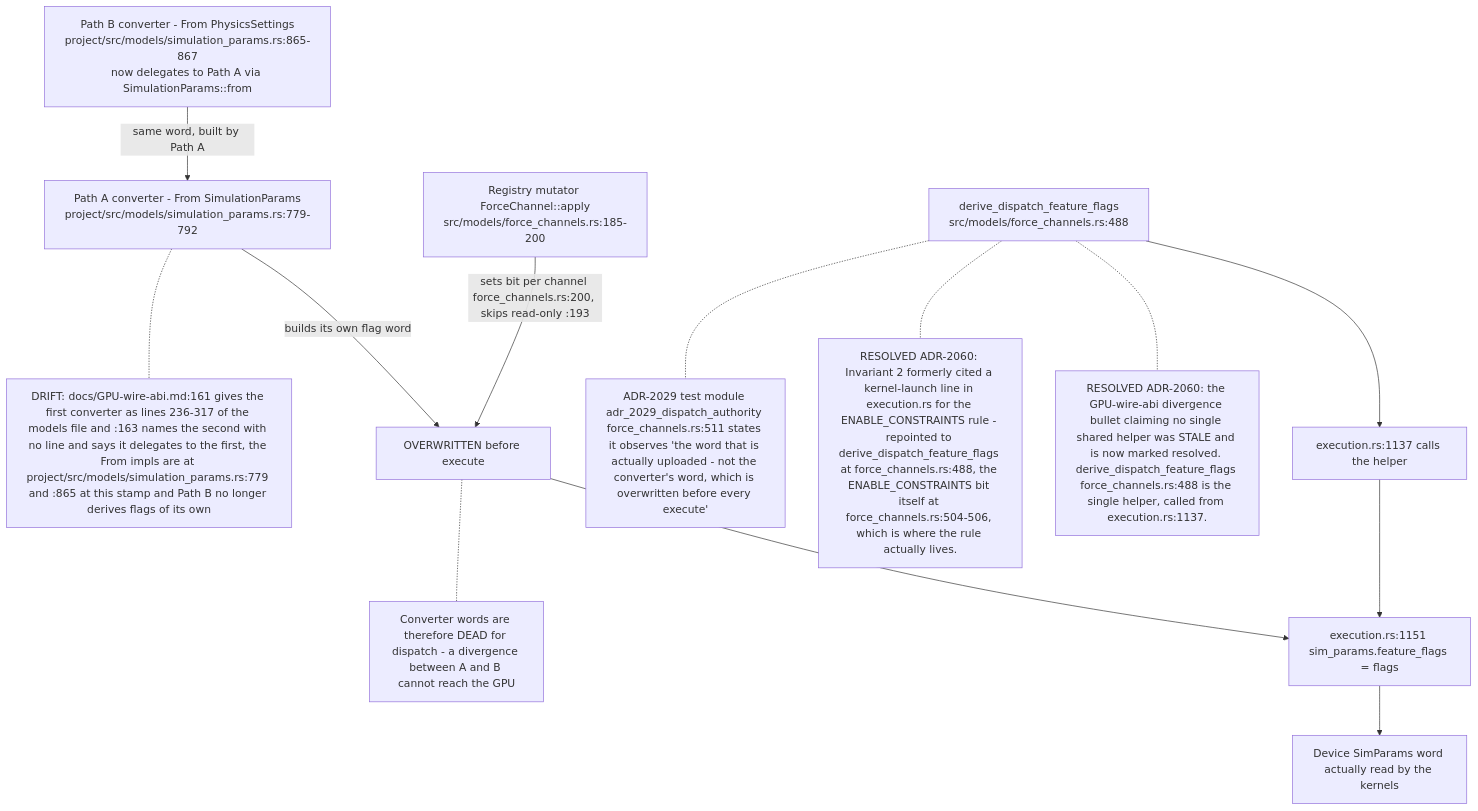
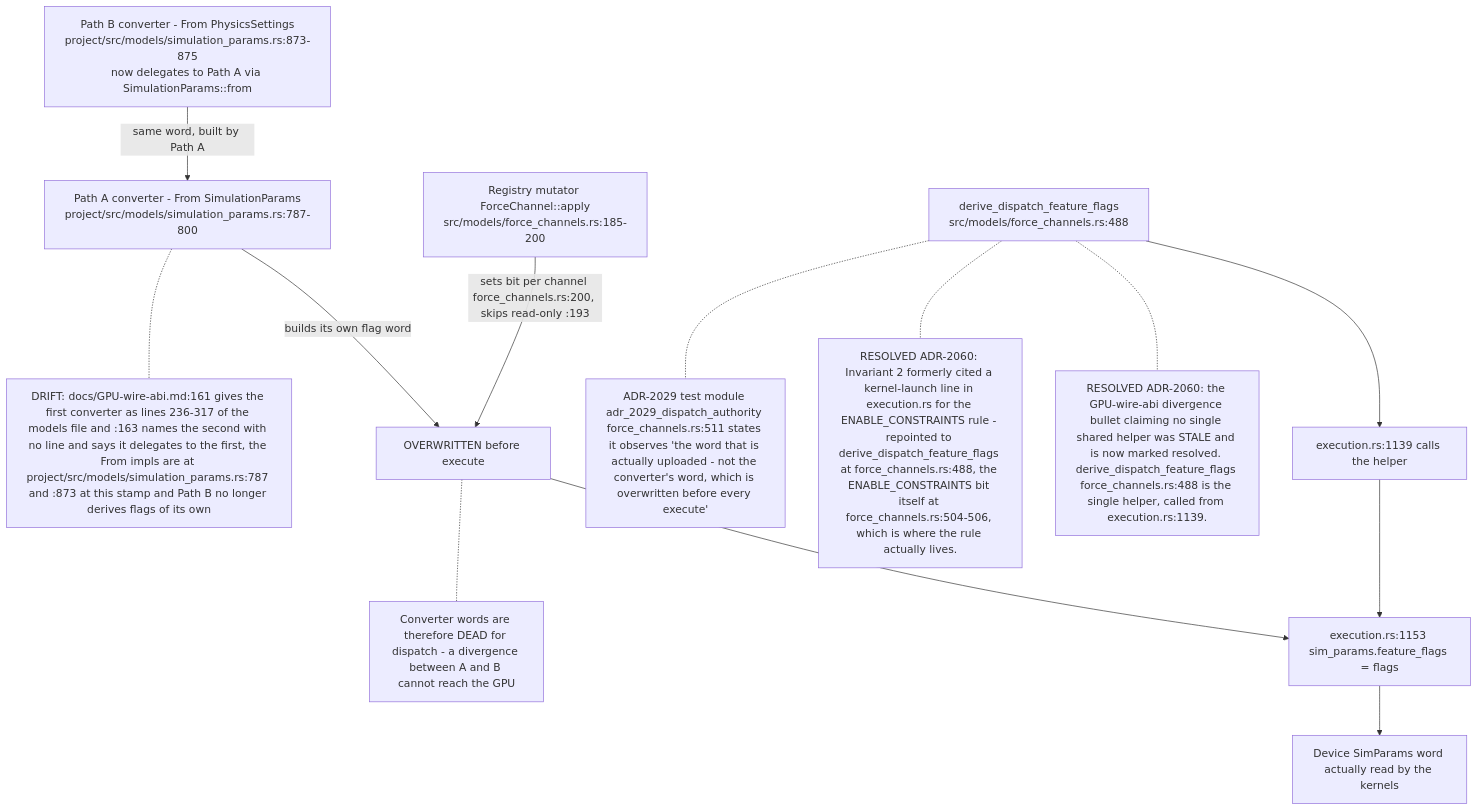
Before and after one commit to DreamLab-AI/VisionFlow: the third of 9 diagrams in docs/diagrams/visionclaw/11-physics-step-and-force-channels.md, drawn with Mermaid. The commit also changed other lines of this file and 7 other files, not shown here.

First line of the commit message:
diagrams(visionclaw): re-verify VC-09..VC-16 at visionclaw 4900ec60

````diff
--- a/docs/diagrams/visionclaw/11-physics-step-and-force-channels.md
+++ b/docs/diagrams/visionclaw/11-physics-step-and-force-channels.md
@@ -130,27 +130,27 @@
 ```mermaid
 flowchart TD
-    A["Path A converter - From SimulationParams<br/>project/src/models/simulation_params.rs:779-792"]
-    B["Path B converter - From PhysicsSettings<br/>project/src/models/simulation_params.rs:865-867<br/>now delegates to Path A via SimulationParams::from"]
+    A["Path A converter - From SimulationParams<br/>project/src/models/simulation_params.rs:787-800"]
+    B["Path B converter - From PhysicsSettings<br/>project/src/models/simulation_params.rs:873-875<br/>now delegates to Path A via SimulationParams::from"]
     C["Registry mutator ForceChannel::apply<br/>src/models/force_channels.rs:185-200"]
     D["derive_dispatch_feature_flags<br/>src/models/force_channels.rs:488"]
-    E["execution.rs:1137 calls the helper"]
-    F["execution.rs:1151 sim_params.feature_flags = flags"]
+    E["execution.rs:1139 calls the helper"]
+    F["execution.rs:1153 sim_params.feature_flags = flags"]
     G["Device SimParams word actually read by the kernels"]
 
     A -->|"builds its own flag word"| X["OVERWRITTEN before execute"]
     B -->|"same word, built by Path A"| A
     C -->|"sets bit per channel force_channels.rs:200, skips read-only :193"| X
     X --> F
     D --> E --> F --> G
 
-    N1["RESOLVED ADR-2060: the GPU-wire-abi divergence bullet claiming no single shared helper was STALE and is now marked resolved. derive_dispatch_feature_flags force_channels.rs:488 is the single helper, called from execution.rs:1137."]
+    N1["RESOLVED ADR-2060: the GPU-wire-abi divergence bullet claiming no single shared helper was STALE and is now marked resolved. derive_dispatch_feature_flags force_channels.rs:488 is the single helper, called from execution.rs:1139."]
     N2["RESOLVED ADR-2060: Invariant 2 formerly cited a kernel-launch line in execution.rs for the ENABLE_CONSTRAINTS rule - repointed to derive_dispatch_feature_flags at force_channels.rs:488, the ENABLE_CONSTRAINTS bit itself at force_channels.rs:504-506, which is where the rule actually lives."]
     N3["ADR-2029 test module adr_2029_dispatch_authority force_channels.rs:511 states it observes 'the word that is actually uploaded - not the converter's word, which is overwritten before every execute'"]
     N4["Converter words are therefore DEAD for dispatch - a divergence between A and B cannot reach the GPU"]
-    N5["DRIFT: docs/GPU-wire-abi.md:161 gives the first converter as lines 236-317 of the models file and :163 names the second with no line and says it delegates to the first, the From impls are at project/src/models/simulation_params.rs:779 and :865 at this stamp and Path B no longer derives flags of its own"]
+    N5["DRIFT: docs/GPU-wire-abi.md:161 gives the first converter as lines 236-317 of the models file and :163 names the second with no line and says it delegates to the first, the From impls are at project/src/models/simulation_params.rs:787 and :873 at this stamp and Path B no longer derives flags of its own"]
     A -.- N5
     D -.- N1
     D -.- N2
     D -.- N3
     X -.- N4
 ```
````
